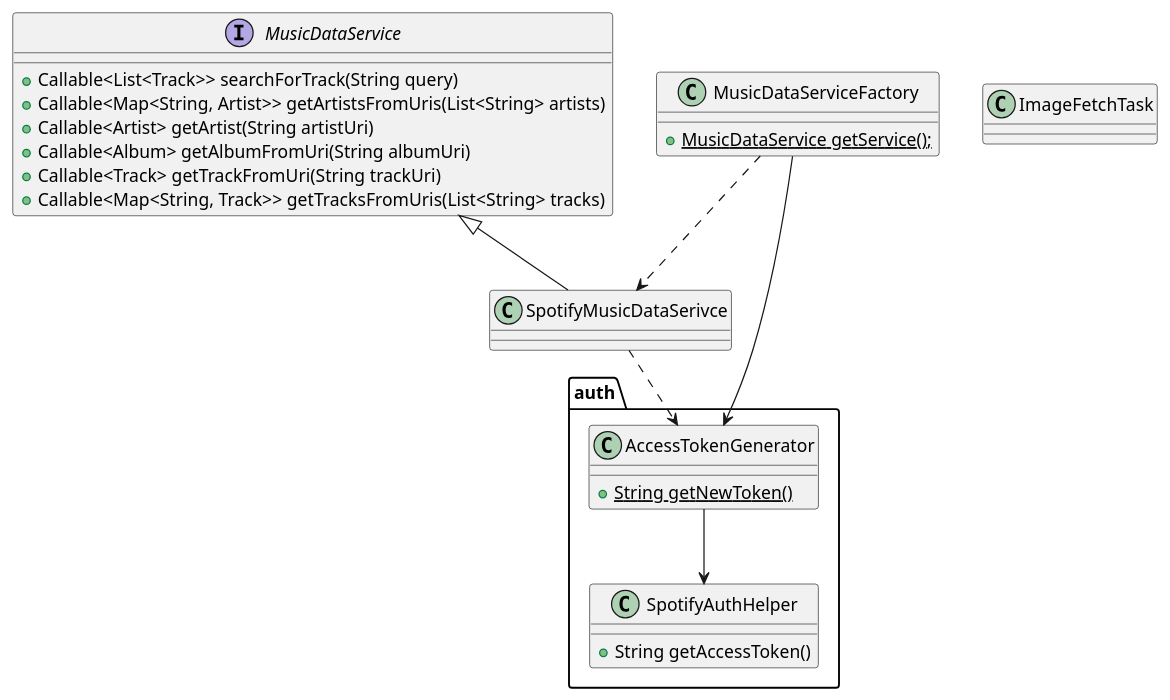
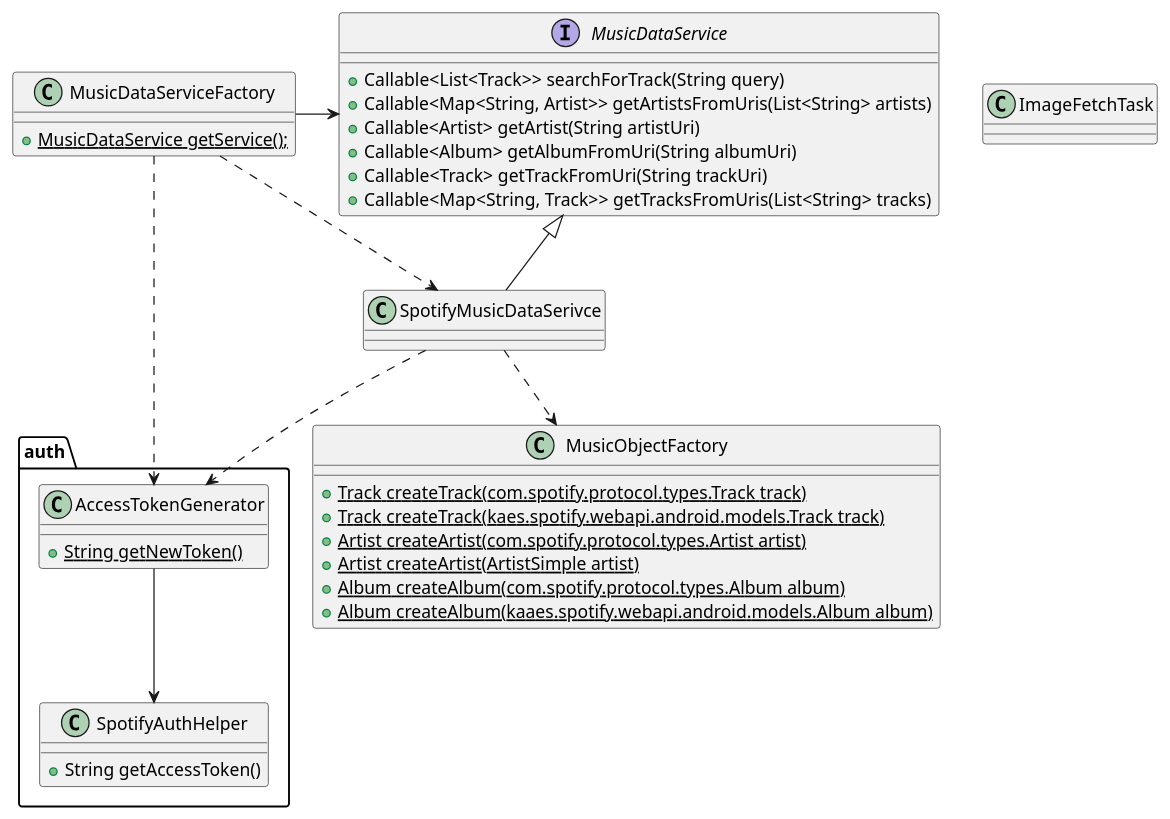
The diagram in docs/uml/class_diagram/information.plantuml (vltmn/qdio), drawn with PlantUML before and after one commit. The commit also changed 3 other files, not shown here.

Commit message:
Updated uml diagrams

```diff
--- a/docs/uml/class_diagram/information.plantuml
+++ b/docs/uml/class_diagram/information.plantuml
@@ -1,33 +1,43 @@
 @startuml
 
 class MusicDataServiceFactory {
     + {static}MusicDataService getService();
 }
 
-class SpotifyMusicDataSerivce
+class  SpotifyMusicDataSerivce
 
 interface MusicDataService {
     + Callable<List<Track>> searchForTrack(String query)
     + Callable<Map<String, Artist>> getArtistsFromUris(List<String> artists)
     + Callable<Artist> getArtist(String artistUri)
     + Callable<Album> getAlbumFromUri(String albumUri)
     + Callable<Track> getTrackFromUri(String trackUri)
     + Callable<Map<String, Track>> getTracksFromUris(List<String> tracks)
 }
 
 package auth {
     class AccessTokenGenerator {
         {static} + String getNewToken()
     }
     class SpotifyAuthHelper {
         + String getAccessToken()
     }
     AccessTokenGenerator --> SpotifyAuthHelper
 }
 class ImageFetchTask
+class MusicObjectFactory {
+    {static} + Track createTrack(com.spotify.protocol.types.Track track)
+    {static} + Track createTrack(kaes.spotify.webapi.android.models.Track track)
+    {static} + Artist createArtist(com.spotify.protocol.types.Artist artist)
+    {static} + Artist createArtist(ArtistSimple artist)
+    {static} + Album createAlbum(com.spotify.protocol.types.Album album)
+    {static} + Album createAlbum(kaaes.spotify.webapi.android.models.Album album)
+}
 
-MusicDataServiceFactory --> AccessTokenGenerator
+MusicDataServiceFactory ..> AccessTokenGenerator
+SpotifyMusicDataSerivce ..> MusicObjectFactory
 SpotifyMusicDataSerivce ..> AccessTokenGenerator
 MusicDataService <|-- SpotifyMusicDataSerivce
 MusicDataServiceFactory ..> SpotifyMusicDataSerivce
+MusicDataServiceFactory -> MusicDataService
 @enduml
```
